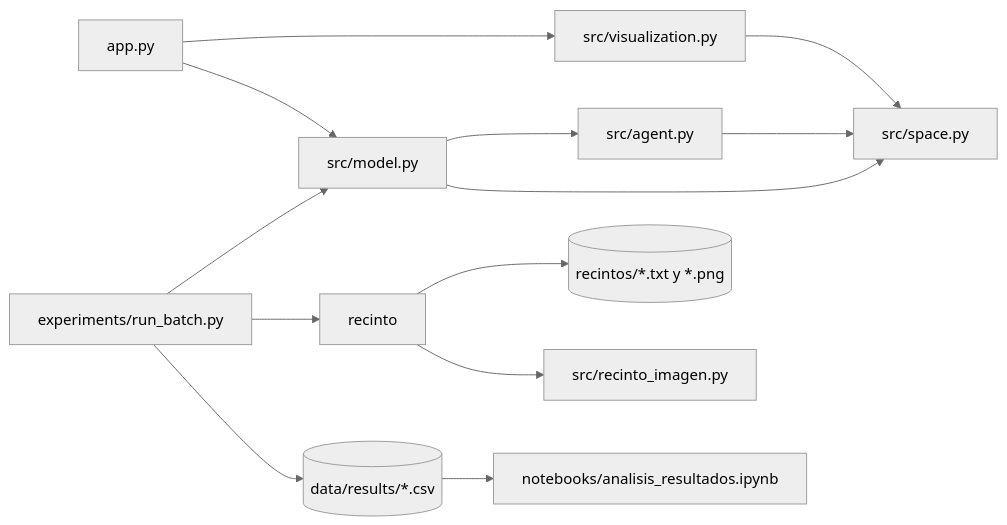
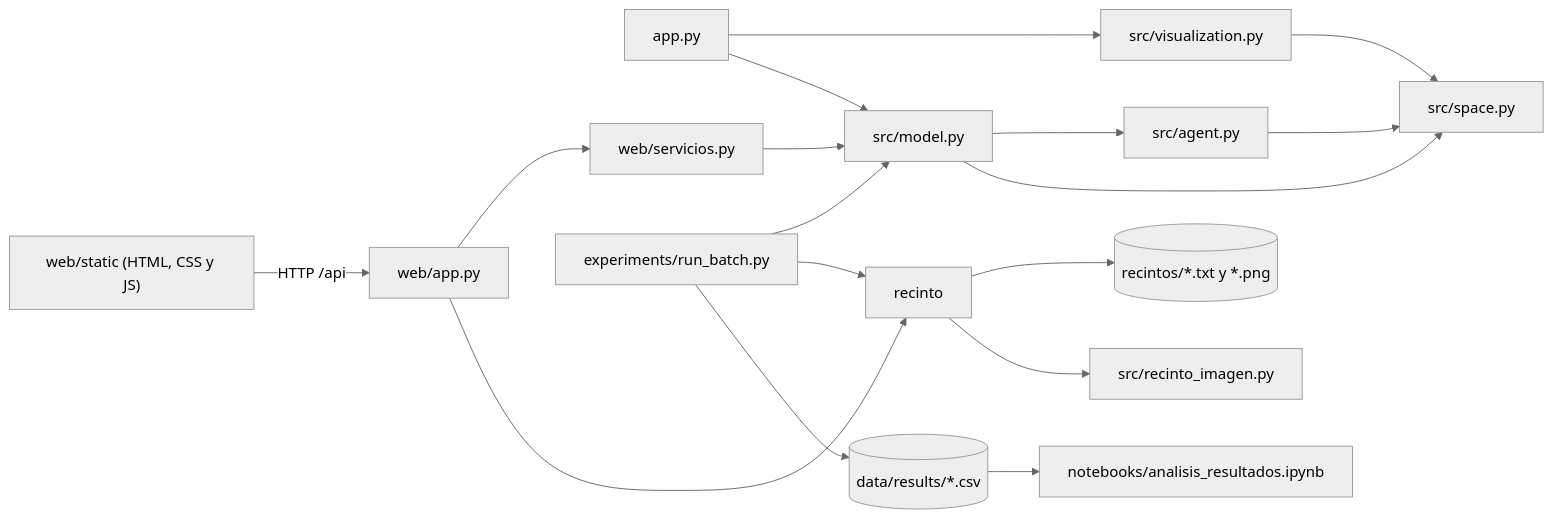
The first of 4 diagrams in docs/arquitectura.md (moragentil/aglomera), drawn with Mermaid (neutral theme) before and after one commit. The commit also changed other lines of this file and 1 other file, not shown here.

Commit message:
Documenta la app web en el README y en la arquitectura

````diff
--- a/docs/arquitectura.md
+++ b/docs/arquitectura.md
@@ -9,15 +9,19 @@
 ```mermaid
 flowchart LR
     app["app.py"] --> viz["src/visualization.py"]
     app --> model["src/model.py"]
     model --> agent["src/agent.py"]
     model --> space["src/space.py"]
     agent --> space
     viz --> space
+    web["web/app.py"] --> servicios["web/servicios.py"]
+    web --> recinto
+    servicios --> model
+    pantalla["web/static (HTML, CSS y JS)"] -- "HTTP /api" --> web
     batch["experiments/run_batch.py"] --> model
     batch --> recinto
     recinto --> planos[("recintos/*.txt y *.png")]
     recinto --> rimg["src/recinto_imagen.py"]
     batch --> csv[("data/results/*.csv")]
     csv --> nb["notebooks/analisis_resultados.ipynb"]
 ```
````
